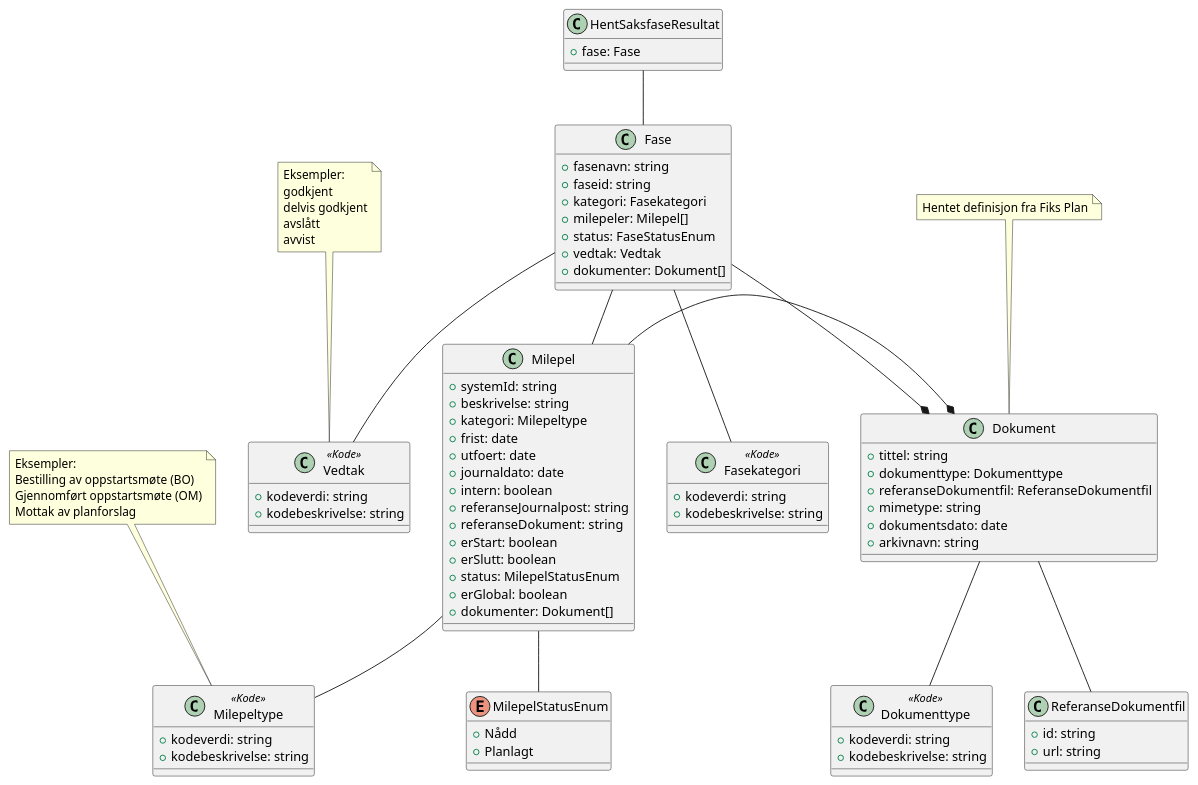
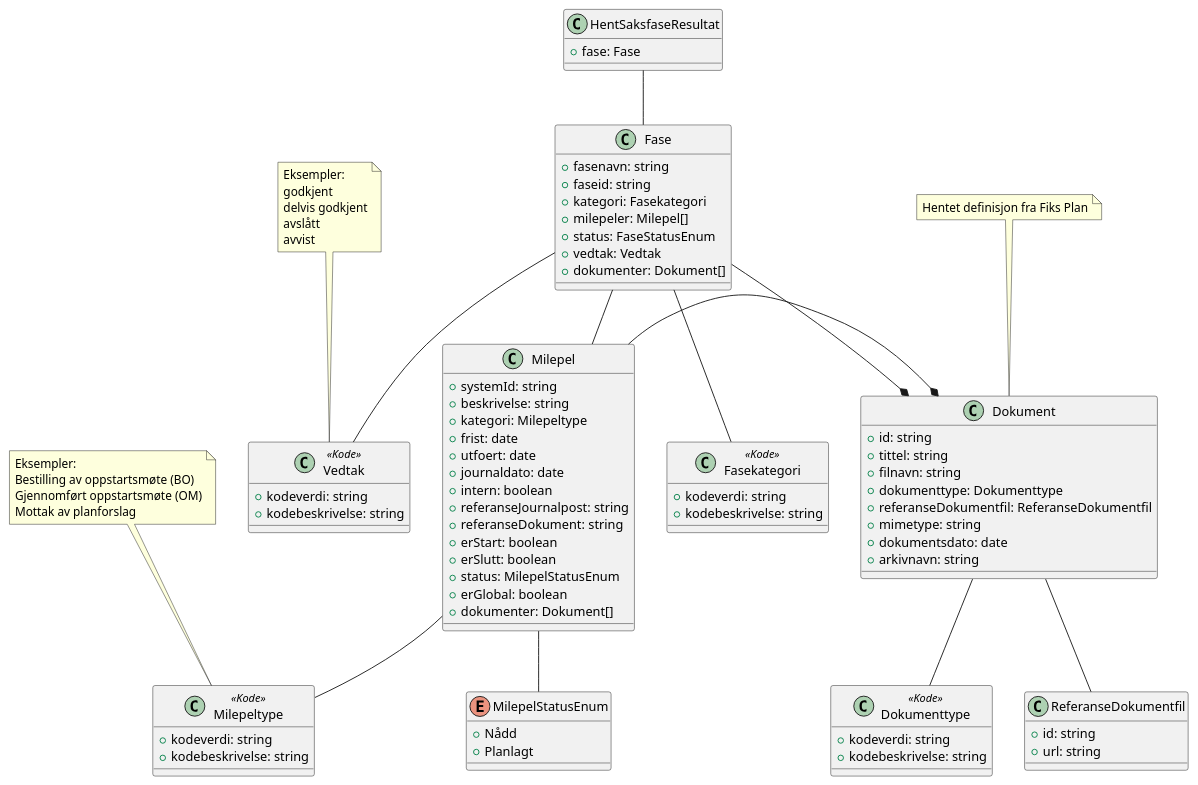
One commit to ks-no/fiks-saksfaser-specification changed the diagram in Dokumentasjon/V1/ClassDiagrams/no.ks.fiks.saksfaser.v1.saksfase.hent.resultat/classdiagram.pu. Above: the diagram before and after it, drawn with PlantUML. The commit also changed 27 other files, not shown here.

```diff
--- a/Dokumentasjon/V1/ClassDiagrams/no.ks.fiks.saksfaser.v1.saksfase.hent.resultat/classdiagram.pu
+++ b/Dokumentasjon/V1/ClassDiagrams/no.ks.fiks.saksfaser.v1.saksfase.hent.resultat/classdiagram.pu
@@ -1,95 +1,97 @@
 @startuml
 
 class HentSaksfaseResultat {
     +fase: Fase
 }
 
 HentSaksfaseResultat -- Fase
 
 class Fase {
     +fasenavn: string
     +faseid: string
     +kategori: Fasekategori
     +milepeler: Milepel[]
     +status: FaseStatusEnum
     +vedtak: Vedtak
     +dokumenter: Dokument[]
 }
 
 Fase -* Dokument
 Fase -- Milepel
 Fase -- Fasekategori
 Fase -- Vedtak
 
 note top of Vedtak : Eksempler:\ngodkjent\ndelvis godkjent\navslått\navvist 
 
 class Vedtak <<Kode>> {
     +kodeverdi: string
     +kodebeskrivelse: string
 }
 
 class Fasekategori <<Kode>> {
     +kodeverdi: string
     +kodebeskrivelse: string
 }
 
 class Milepel {
     +systemId: string
     +beskrivelse: string
     +kategori: Milepeltype
     +frist: date
     +utfoert: date
     +journaldato: date
     +intern: boolean
     +referanseJournalpost: string
     +referanseDokument: string
     +erStart: boolean
     +erSlutt: boolean
     +status: MilepelStatusEnum
     +erGlobal: boolean
     +dokumenter: Dokument[]
 }
 
 Milepel -- Milepeltype
 
 note top of Milepeltype : Eksempler: \nBestilling av oppstartsmøte (BO)\nGjennomført oppstartsmøte (OM)\nMottak av planforslag
  
 class Milepeltype <<Kode>> {
     +kodeverdi: string
     +kodebeskrivelse: string
 }
 
 
 Milepel -- MilepelStatusEnum
 Milepel -* Dokument
 
 enum MilepelStatusEnum {
     +Nådd
     +Planlagt
 }
 
 note top of Dokument : Hentet definisjon fra Fiks Plan
 
 class Dokument {
+    +id: string
     +tittel: string
+    +filnavn: string
     +dokumenttype: Dokumenttype
     +referanseDokumentfil: ReferanseDokumentfil
     +mimetype: string
     +dokumentsdato: date
     +arkivnavn: string
 }
 
 Dokument -- Dokumenttype
 Dokument -- ReferanseDokumentfil
 
 class Dokumenttype <<Kode>> {
     +kodeverdi: string
     +kodebeskrivelse: string
 }
 
 class ReferanseDokumentfil {
     +id: string
     +url: string
 }
 
 @enduml
```
